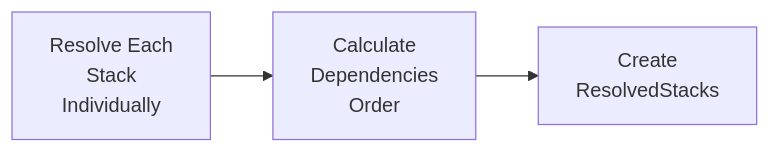
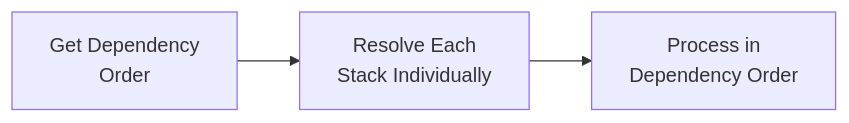
The second of 5 diagrams in docs/architecture/resolver.md (orien/stackaroo), drawn with Mermaid before and after one commit. The commit also changed other lines of this file and 7 other files, not shown here.

First line of the commit message:
refactor: remove unused ResolveStacks function and ResolvedStacks struct

````diff
--- a/docs/architecture/resolver.md
+++ b/docs/architecture/resolver.md
@@ -95,5 +89,5 @@
 ```mermaid
 flowchart LR
-    A[Resolve Each<br/>Stack<br/>Individually] --> B[Calculate<br/>Dependencies<br/>Order]
-    B --> C[Create<br/>ResolvedStacks]
+    A[Get Dependency<br/>Order] --> B[Resolve Each<br/>Stack Individually]
+    B --> C[Process in<br/>Dependency Order]
 ```
````
